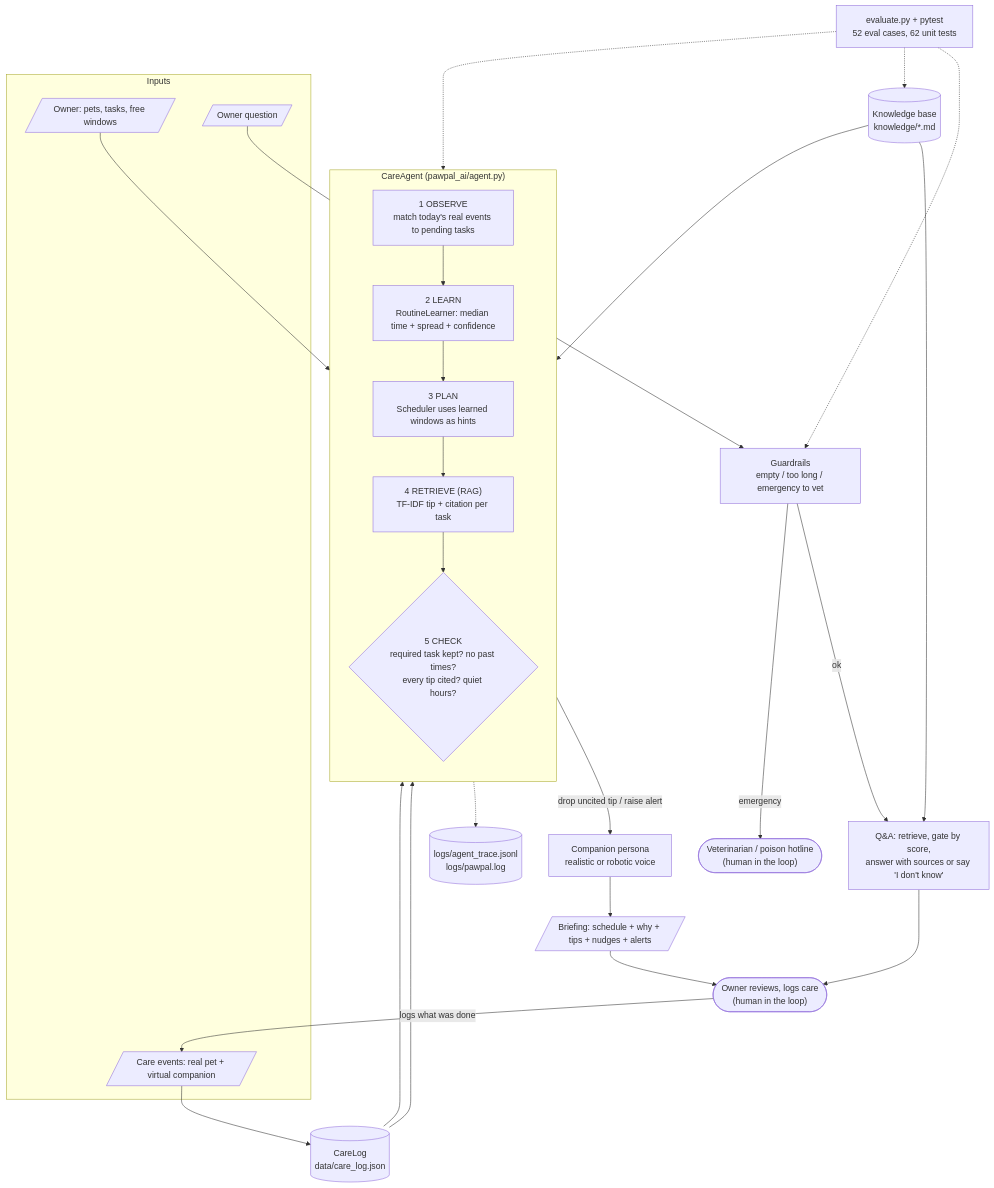
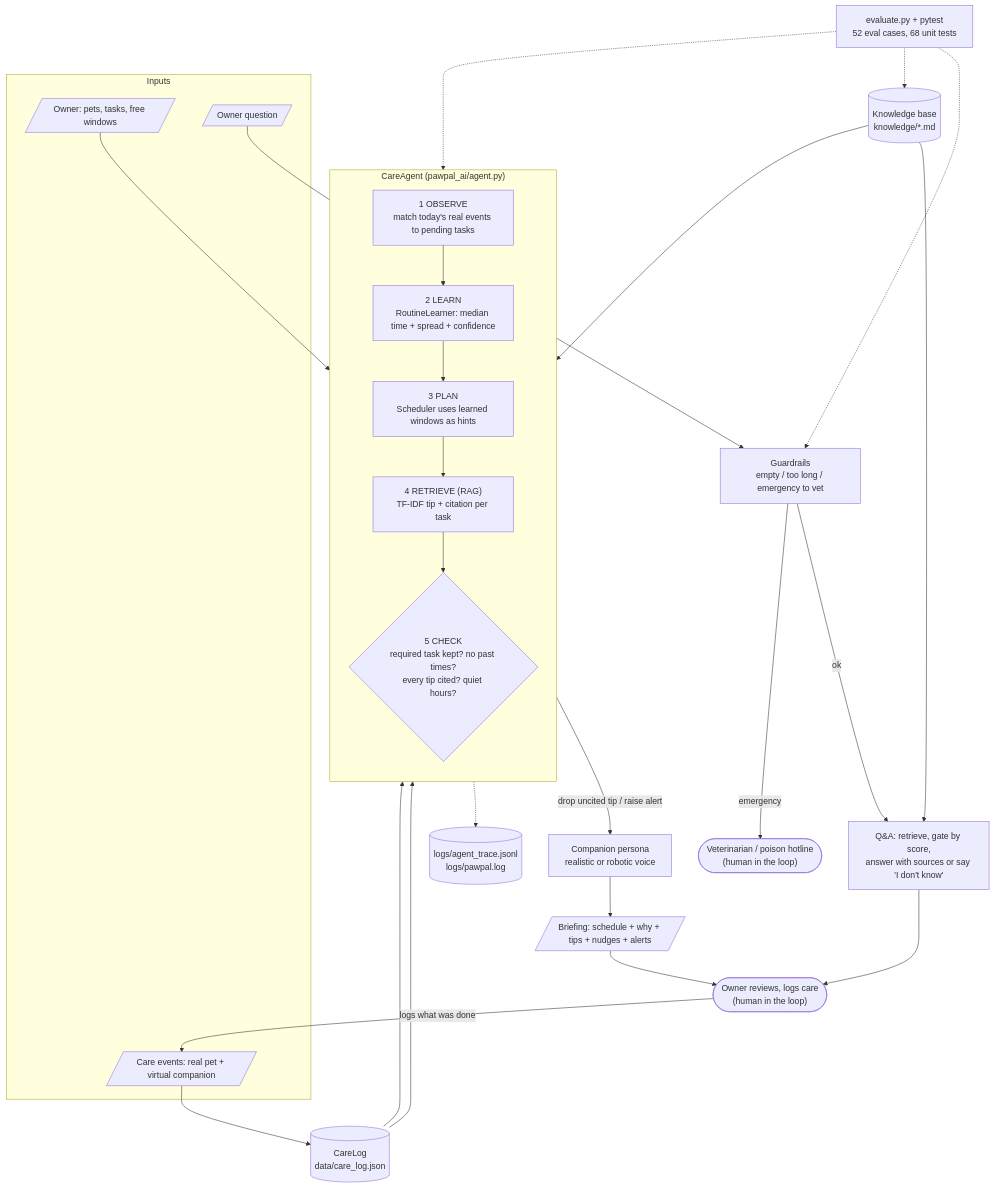
One commit to KJhenelle/applied-ai-system-project changed the diagram in README.md. Above: the diagram before and after it, drawn with Mermaid. The commit also changed other lines of this file and 11 other files, not shown here.

````diff
--- a/README.md
+++ b/README.md
@@ -41,47 +48,47 @@
 ```mermaid
 flowchart TD
     subgraph Inputs
         OWNER[/"Owner: pets, tasks, free windows"/]
         EVENTS[/"Care events: real pet + virtual companion"/]
         QUESTION[/"Owner question"/]
     end
 
     LOG[("CareLog<br/>data/care_log.json")]
     KB[("Knowledge base<br/>knowledge/*.md")]
 
     subgraph Agent["CareAgent  (pawpal_ai/agent.py)"]
         direction TB
         OBS["1 OBSERVE<br/>match today's real events to pending tasks"]
         LEARN["2 LEARN<br/>RoutineLearner: median time + spread + confidence"]
         PLAN["3 PLAN<br/>Scheduler uses learned windows as hints"]
         RET["4 RETRIEVE (RAG)<br/>TF-IDF tip + citation per task"]
         CHECK{"5 CHECK<br/>required task kept? no past times?<br/>every tip cited? quiet hours?"}
         OBS --> LEARN --> PLAN --> RET --> CHECK
     end
 
     GUARD["Guardrails<br/>empty / too long / emergency to vet"]
     ASK["Q&A: retrieve, gate by score,<br/>answer with sources or say 'I don't know'"]
 
     COMP["Companion persona<br/>realistic or robotic voice"]
     OUT[/"Briefing: schedule + why + tips + nudges + alerts"/]
     VET(["Veterinarian / poison hotline<br/>(human in the loop)"])
     OWNERCHECK(["Owner reviews, logs care<br/>(human in the loop)"])
     TRACE[("logs/agent_trace.jsonl<br/>logs/pawpal.log")]
-    EVAL["evaluate.py + pytest<br/>52 eval cases, 62 unit tests"]
+    EVAL["evaluate.py + pytest<br/>52 eval cases, 68 unit tests"]
 
     OWNER --> OBS
     EVENTS --> LOG --> OBS
     LOG --> LEARN
     KB --> RET
     KB --> ASK
     QUESTION --> GUARD
     GUARD -- "ok" --> ASK
     GUARD -- "emergency" --> VET
     CHECK -- "drop uncited tip / raise alert" --> COMP --> OUT --> OWNERCHECK
     ASK --> OWNERCHECK
     OWNERCHECK -- "logs what was done" --> EVENTS
     Agent -.-> TRACE
     EVAL -.-> Agent
     EVAL -.-> GUARD
     EVAL -.-> KB
 ```
````
